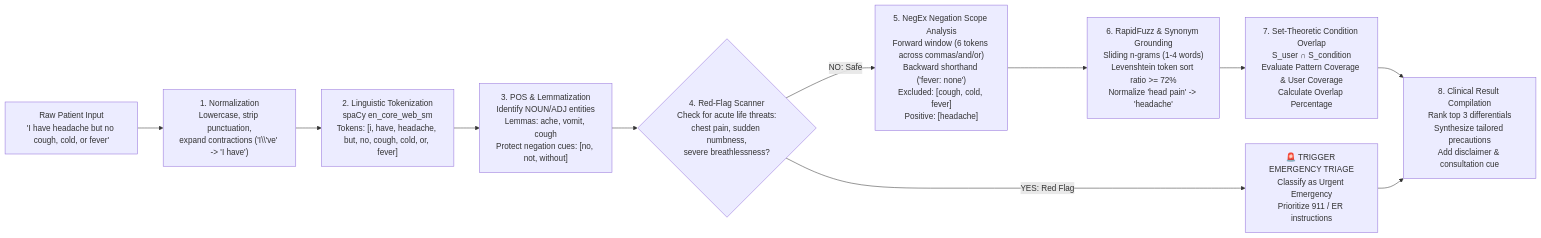
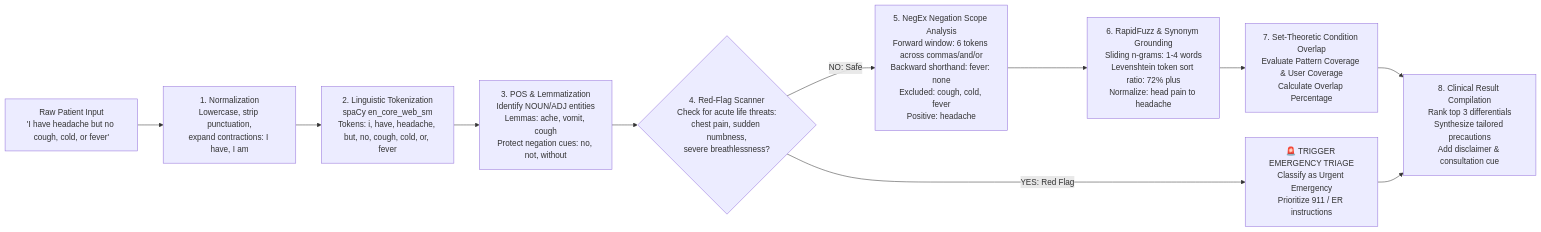
The second of 3 diagrams in README.md (TanmayShinde3112/NLP-Medical-Symptom-Checker), drawn with Mermaid before and after one commit. The commit also changed other lines of this file and 2 other files, not shown here.

Commit message:
fix(docs): resolve Mermaid syntax error on Flowchart 1 edge label and harden all diagrams for GitHub renderer

````diff
--- a/README.md
+++ b/README.md
@@ -119,22 +119,22 @@
 ```mermaid
 flowchart LR
-    A["Raw Patient Input\n'I have headache but no cough, cold, or fever'"] --> B["1. Normalization\nLowercase, strip punctuation,\nexpand contractions ('I\\'ve' -> 'I have')"]
+    A["Raw Patient Input<br/>'I have headache but no cough, cold, or fever'"] --> B["1. Normalization<br/>Lowercase, strip punctuation,<br/>expand contractions: I have, I am"]
     
-    B --> C["2. Linguistic Tokenization\nspaCy en_core_web_sm\nTokens: [i, have, headache, but, no, cough, cold, or, fever]"]
+    B --> C["2. Linguistic Tokenization<br/>spaCy en_core_web_sm<br/>Tokens: i, have, headache, but, no, cough, cold, or, fever"]
     
-    C --> D["3. POS & Lemmatization\nIdentify NOUN/ADJ entities\nLemmas: ache, vomit, cough\nProtect negation cues: [no, not, without]"]
+    C --> D["3. POS & Lemmatization<br/>Identify NOUN/ADJ entities<br/>Lemmas: ache, vomit, cough<br/>Protect negation cues: no, not, without"]
     
-    D --> E{"4. Red-Flag Scanner\nCheck for acute life threats:\nchest pain, sudden numbness,\nsevere breathlessness?"}
+    D --> E{"4. Red-Flag Scanner<br/>Check for acute life threats:<br/>chest pain, sudden numbness,<br/>severe breathlessness?"}
     
-    E -->|YES: Red Flag| E_ALERT["🚨 TRIGGER EMERGENCY TRIAGE\nClassify as Urgent Emergency\nPrioritize 911 / ER instructions"]
+    E -->|"YES: Red Flag"| E_ALERT["🚨 TRIGGER EMERGENCY TRIAGE<br/>Classify as Urgent Emergency<br/>Prioritize 911 / ER instructions"]
     
-    E -->|NO: Safe| F["5. NegEx Negation Scope Analysis\nForward window (6 tokens across commas/and/or)\nBackward shorthand ('fever: none')\nExcluded: [cough, cold, fever]\nPositive: [headache]"]
+    E -->|"NO: Safe"| F["5. NegEx Negation Scope Analysis<br/>Forward window: 6 tokens across commas/and/or<br/>Backward shorthand: fever: none<br/>Excluded: cough, cold, fever<br/>Positive: headache"]
     
-    F --> G["6. RapidFuzz & Synonym Grounding\nSliding n-grams (1-4 words)\nLevenshtein token sort ratio >= 72%\nNormalize 'head pain' -> 'headache'"]
+    F --> G["6. RapidFuzz & Synonym Grounding<br/>Sliding n-grams: 1-4 words<br/>Levenshtein token sort ratio: 72% plus<br/>Normalize: head pain to headache"]
     
-    G --> H["7. Set-Theoretic Condition Overlap\nS_user ∩ S_condition\nEvaluate Pattern Coverage & User Coverage\nCalculate Overlap Percentage"]
+    G --> H["7. Set-Theoretic Condition Overlap<br/>Evaluate Pattern Coverage & User Coverage<br/>Calculate Overlap Percentage"]
     
-    H --> I["8. Clinical Result Compilation\nRank top 3 differentials\nSynthesize tailored precautions\nAdd disclaimer & consultation cue"]
+    H --> I["8. Clinical Result Compilation<br/>Rank top 3 differentials<br/>Synthesize tailored precautions<br/>Add disclaimer & consultation cue"]
     
     E_ALERT --> I
 ```
````
